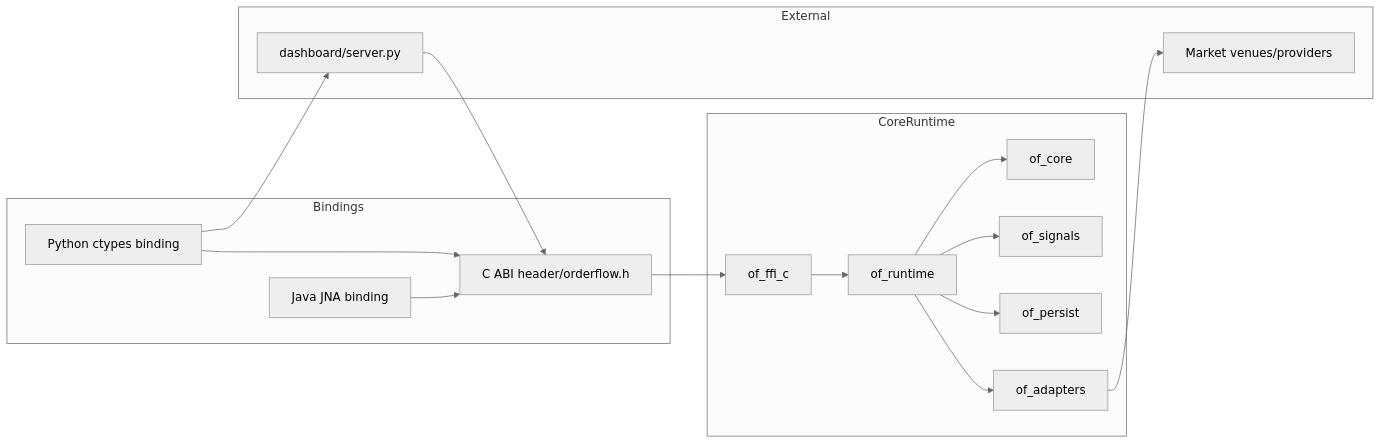
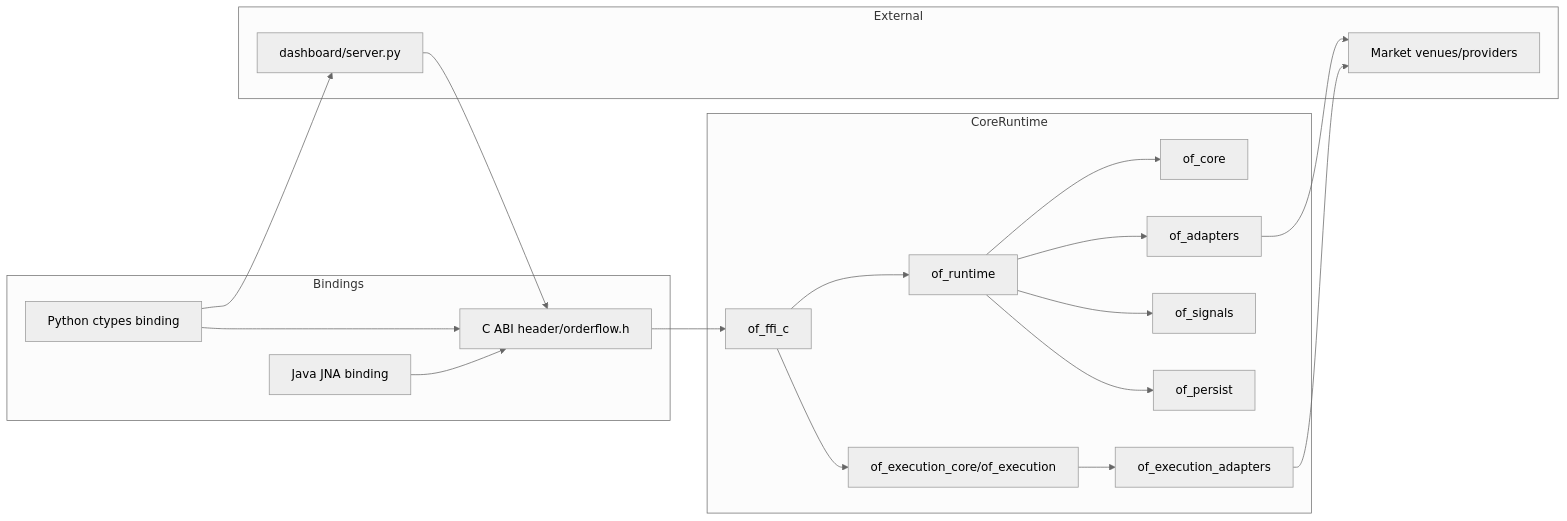
Before and after one commit to gregorian-09/orderflow: the first of 5 diagrams in docs/handbook/04-architecture.md, drawn with Mermaid (neutral theme). The commit also changed other lines of this file and 5 other files, not shown here.

````diff
--- a/docs/handbook/04-architecture.md
+++ b/docs/handbook/04-architecture.md
@@ -7,34 +7,39 @@
 ```mermaid
 flowchart LR
   subgraph Bindings
     PY[Python ctypes binding]
     JV[Java JNA binding]
     CAPI[C ABI header/orderflow.h]
   end
 
   subgraph CoreRuntime
     FFI[of_ffi_c]
     RT[of_runtime]
     CORE[of_core]
+    EXC[of_execution_core/of_execution]
+    EXA[of_execution_adapters]
     SIG[of_signals]
     PST[of_persist]
     ADP[of_adapters]
   end
 
   subgraph External
     VENUE[Market venues/providers]
     DASH[dashboard/server.py]
   end
 
   PY --> CAPI
   JV --> CAPI
   CAPI --> FFI
   FFI --> RT
+  FFI --> EXC
   RT --> CORE
   RT --> SIG
   RT --> PST
   RT --> ADP
+  EXC --> EXA
   ADP --> VENUE
+  EXA --> VENUE
   PY --> DASH
   DASH --> CAPI
 ```
````
